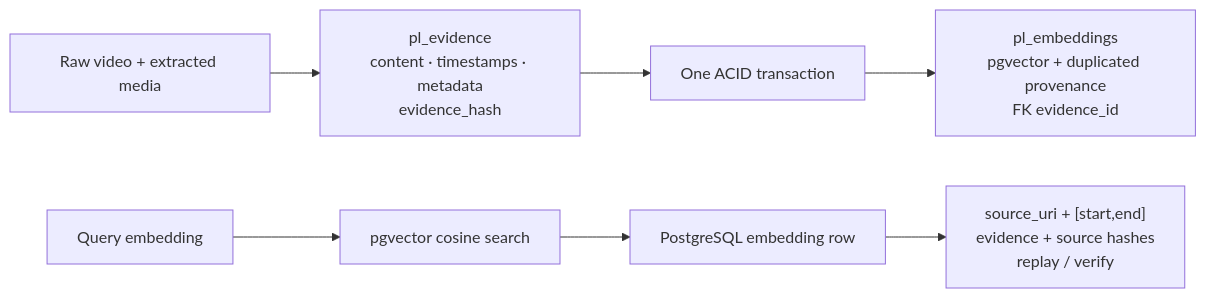
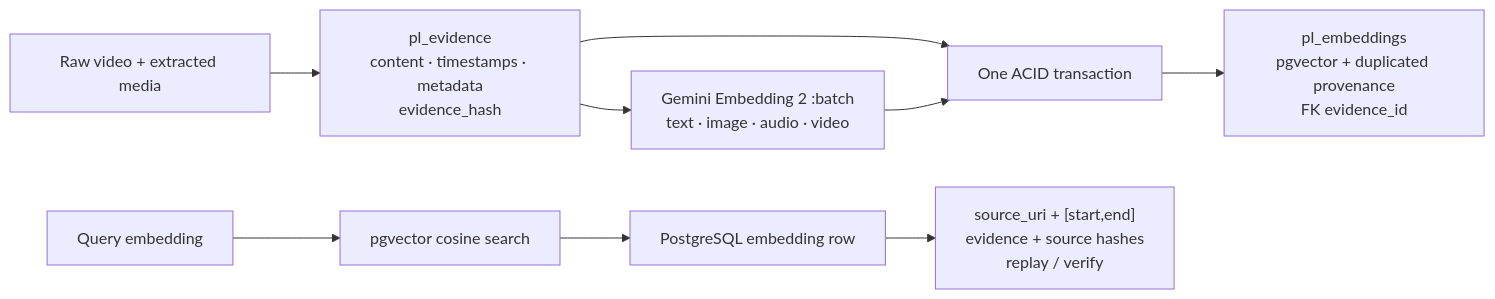
One commit to giaphoang/PatrolLens changed the second of 2 diagrams in README.md. Above: the diagram before and after it, drawn with Mermaid. The commit also changed other lines of this file and 19 other files, not shown here.

First line of the commit message:
feat(embedding): Add Gemini Embedding 2 ingestion and retrieval

````diff
--- a/README.md
+++ b/README.md
@@ -136,9 +153,11 @@
 ```mermaid
 flowchart LR
     RAW["Raw video + extracted media"] --> E["pl_evidence\ncontent · timestamps · metadata\nevidence_hash"]
+    E --> GE["Gemini Embedding 2 :batch\ntext · image · audio · video"]
     E --> TX["One ACID transaction"]
+    GE --> TX
     TX --> V["pl_embeddings\npgvector + duplicated provenance\nFK evidence_id"]
     Q["Query embedding"] --> PG["pgvector cosine search"]
     PG --> ROW["PostgreSQL embedding row"]
     ROW --> REPLAY["source_uri + [start,end]\nevidence + source hashes\nreplay / verify"]
 ```
````
